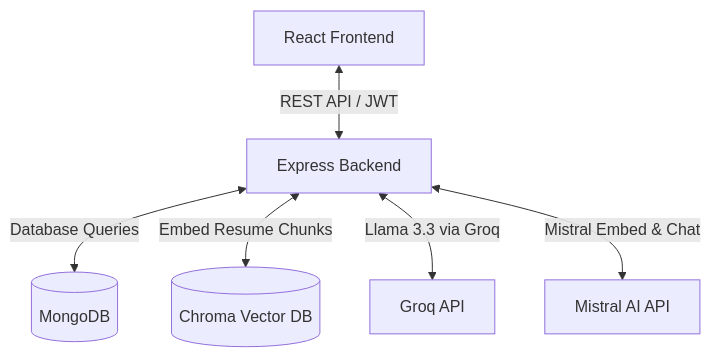
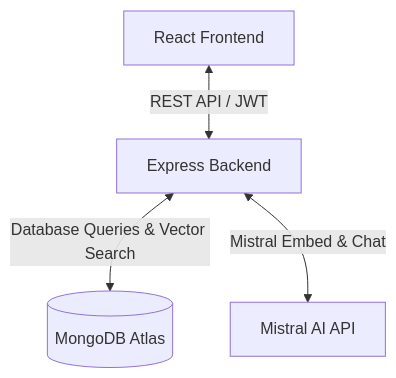
One commit to dushu-108/Portfolio-Builder changed the first of 2 diagrams in README.md. Above: the diagram before and after it, drawn with Mermaid. The commit also changed other lines of this file, not shown here.

Commit message:
docs: update architecture, diagrams, and components in README

````diff
--- a/README.md
+++ b/README.md
@@ -11,8 +11,6 @@
 ```mermaid
 graph TD
     Client[React Frontend] <-->|REST API / JWT| Server[Express Backend]
-    Server <-->|Database Queries| MongoDB[(MongoDB)]
-    Server <-->|Embed Resume Chunks| Chroma[(Chroma Vector DB)]
-    Server <-->|Llama 3.3 via Groq| Groq[Groq API]
+    Server <-->|Database Queries & Vector Search| MongoDB[(MongoDB Atlas)]
     Server <-->|Mistral Embed & Chat| Mistral[Mistral AI API]
 ```
````
